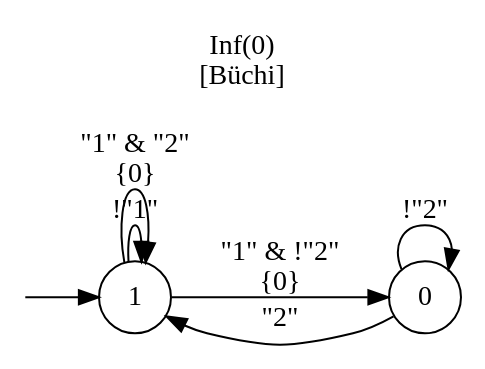
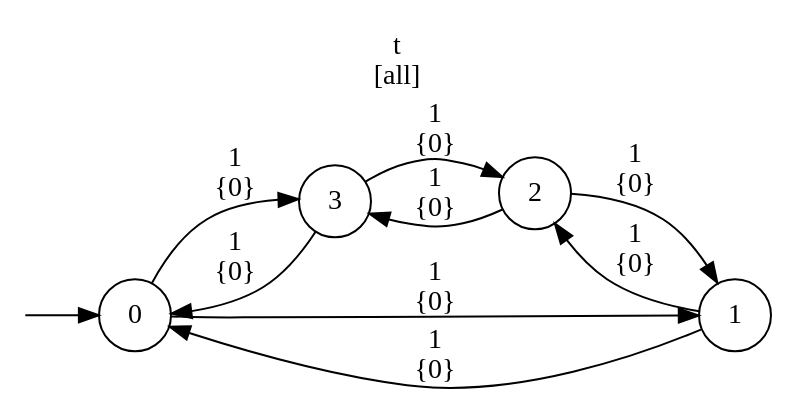
One commit to jrourke48/HMRTA_TS_GENERATION changed the diagram in output/ts_automaton.dot. Above: the diagram before and after it, drawn with Graphviz. The commit also changed 12 other files, not shown here.

```diff
--- a/output/ts_automaton.dot
+++ b/output/ts_automaton.dot
@@ -1,15 +1,20 @@
 digraph "" {
   rankdir=LR
-  label="Inf(0)\n[Büchi]"
+  label="t\n[all]"
   labelloc="t"
   node [shape="circle"]
   I [label="", style=invis, width=0]
-  I -> 1
+  I -> 0
   0 [label="0"]
-  0 -> 0 [label="!\"2\""]
-  0 -> 1 [label="\"2\""]
+  0 -> 3 [label="1\n{0}"]
+  0 -> 1 [label="1\n{0}"]
   1 [label="1"]
-  1 -> 0 [label="\"1\" & !\"2\"\n{0}"]
-  1 -> 1 [label="!\"1\""]
-  1 -> 1 [label="\"1\" & \"2\"\n{0}"]
+  1 -> 2 [label="1\n{0}"]
+  1 -> 0 [label="1\n{0}"]
+  2 [label="2"]
+  2 -> 1 [label="1\n{0}"]
+  2 -> 3 [label="1\n{0}"]
+  3 [label="3"]
+  3 -> 0 [label="1\n{0}"]
+  3 -> 2 [label="1\n{0}"]
 }
```
